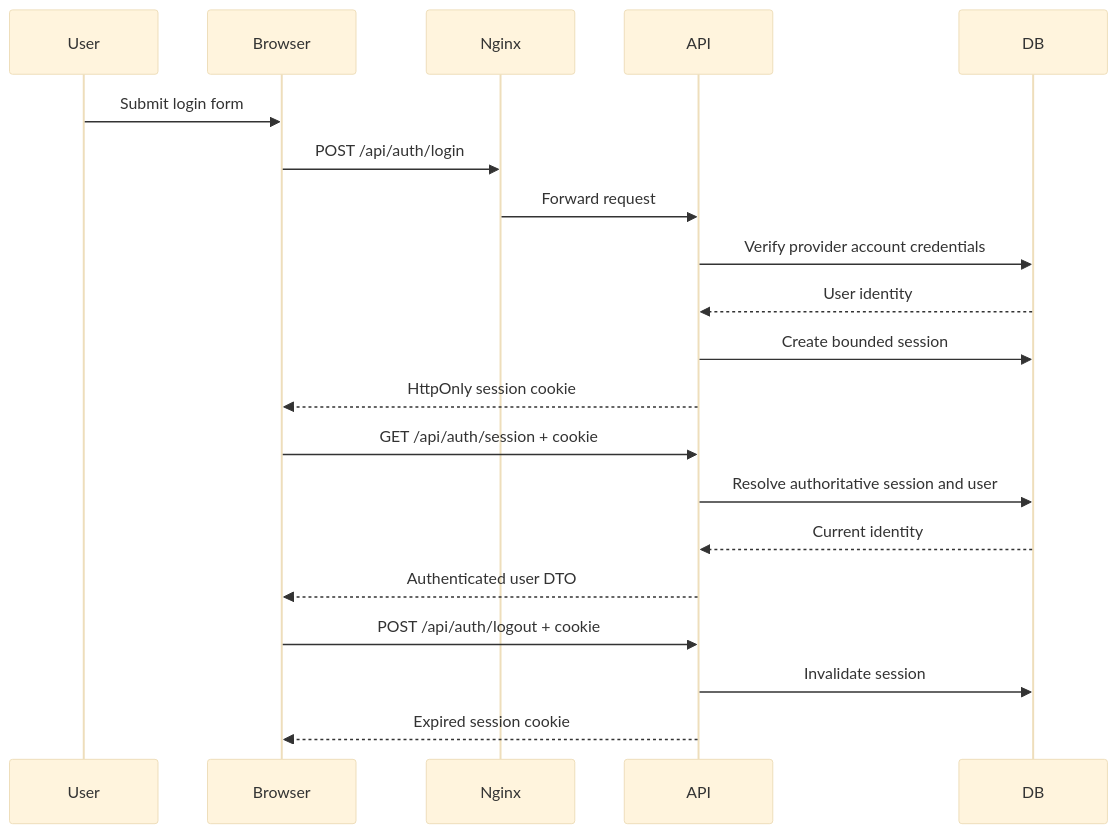
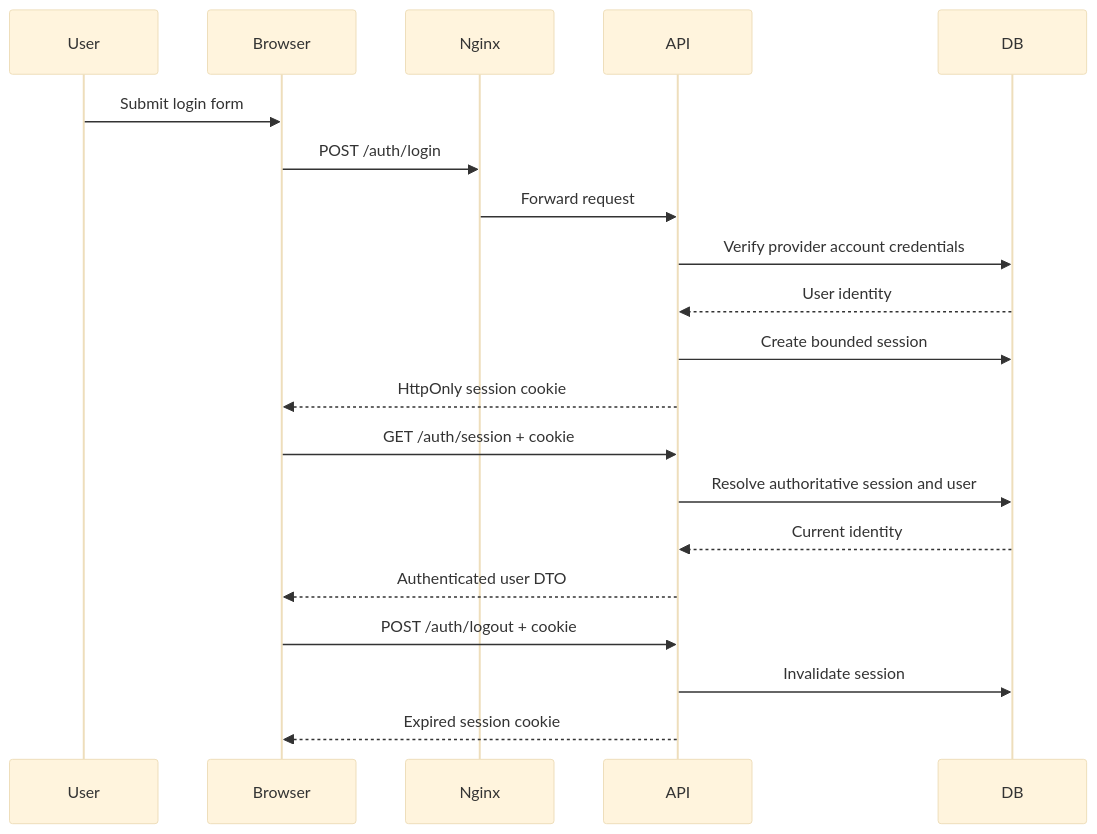
One commit to progentic/behr changed the third of 4 diagrams in docs/ARCHITECTURE.md. Above: the diagram before and after it, drawn with Mermaid (base theme). The commit also changed other lines of this file and 38 other files, not shown here.

````diff
--- a/docs/ARCHITECTURE.md
+++ b/docs/ARCHITECTURE.md
@@ -235,27 +236,27 @@
 ```mermaid
 sequenceDiagram
 
     participant User
     participant Browser
     participant Nginx
     participant API
     participant DB
 
     User->>Browser: Submit login form
-    Browser->>Nginx: POST /api/auth/login
+    Browser->>Nginx: POST /auth/login
     Nginx->>API: Forward request
 
     API->>DB: Verify provider account credentials
     DB-->>API: User identity
     API->>DB: Create bounded session
     API-->>Browser: HttpOnly session cookie
 
-    Browser->>API: GET /api/auth/session + cookie
+    Browser->>API: GET /auth/session + cookie
     API->>DB: Resolve authoritative session and user
     DB-->>API: Current identity
     API-->>Browser: Authenticated user DTO
 
-    Browser->>API: POST /api/auth/logout + cookie
+    Browser->>API: POST /auth/logout + cookie
     API->>DB: Invalidate session
     API-->>Browser: Expired session cookie
 ```
````
